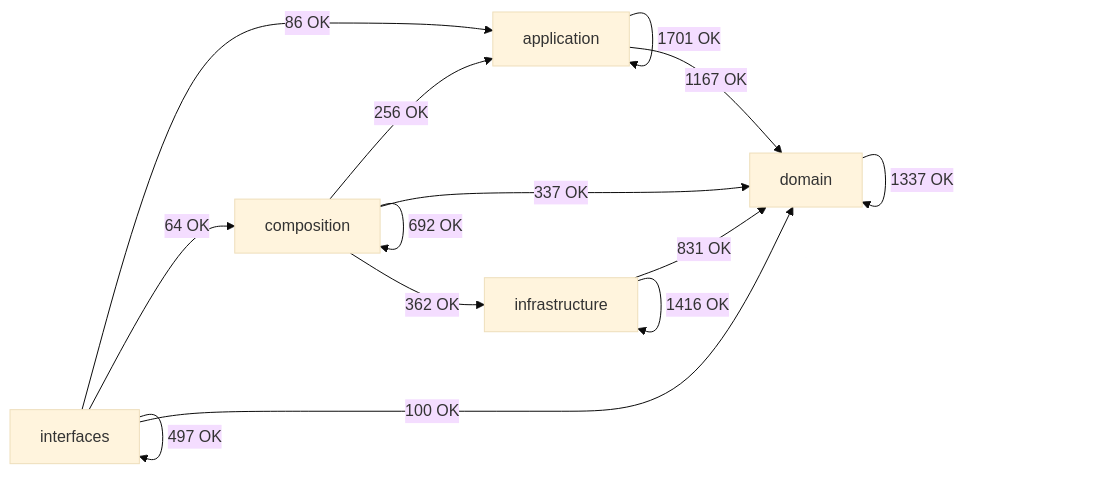
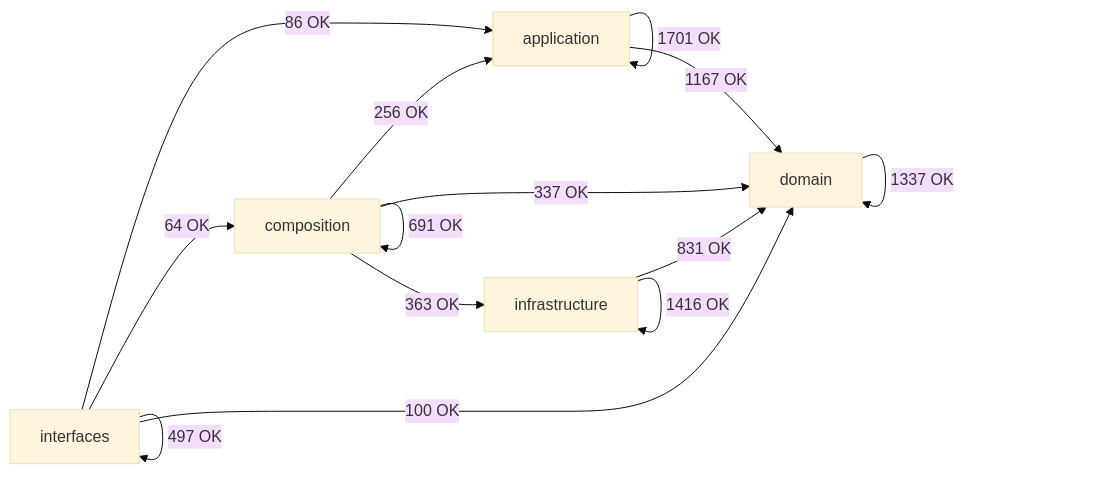
The diagram in docs/02-architecture/generated/module-dependency-map.md (SatoryKono/BioactivityDataAcquisition), drawn with Mermaid (base theme) before and after one commit. The commit also changed other lines of this file and 93 other files, not shown here.

````diff
--- a/docs/02-architecture/generated/module-dependency-map.md
+++ b/docs/02-architecture/generated/module-dependency-map.md
@@ -17,21 +17,21 @@
 ```mermaid
 flowchart LR
     domain[domain]
     application[application]
     infrastructure[infrastructure]
     composition[composition]
     interfaces[interfaces]
     application -->|1701 OK| application
     application -->|1167 OK| domain
     composition -->|256 OK| application
-    composition -->|692 OK| composition
+    composition -->|691 OK| composition
     composition -->|337 OK| domain
-    composition -->|362 OK| infrastructure
+    composition -->|363 OK| infrastructure
     domain -->|1337 OK| domain
     infrastructure -->|831 OK| domain
     infrastructure -->|1416 OK| infrastructure
     interfaces -->|86 OK| application
     interfaces -->|64 OK| composition
     interfaces -->|100 OK| domain
     interfaces -->|497 OK| interfaces
 ```
````
